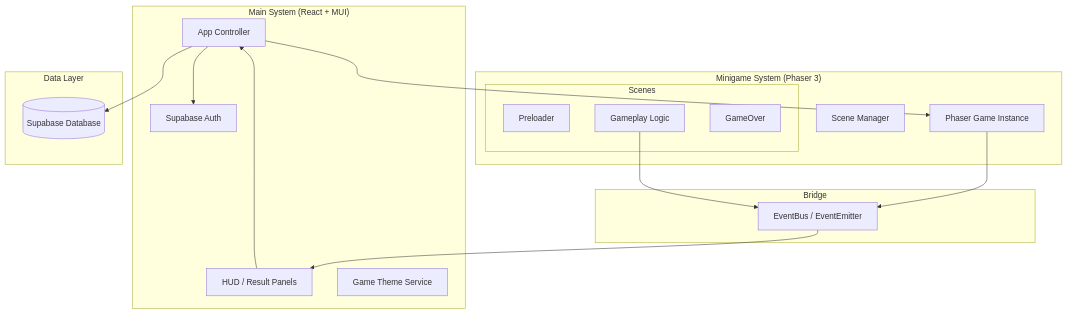
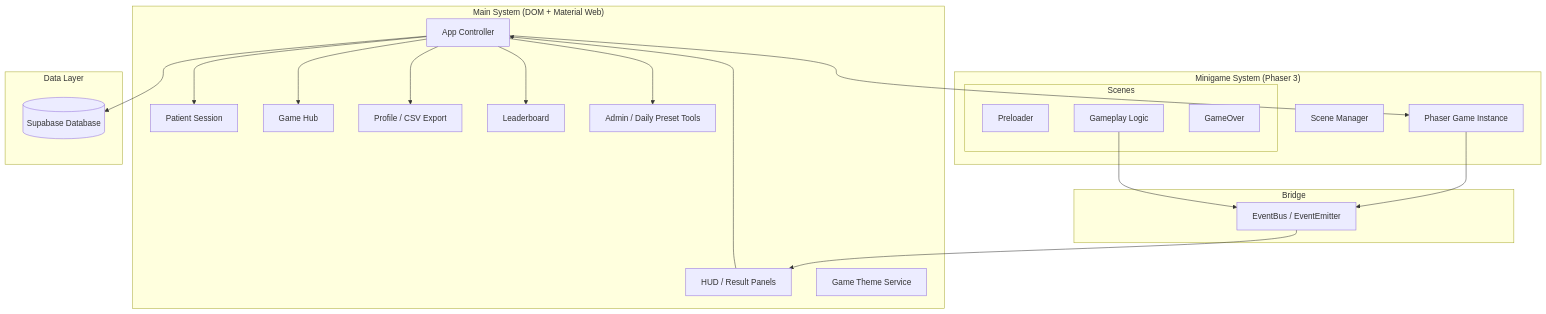
Before and after one commit to ChayutChanmueang/mci-cognitive-game-hub-dev-deploy: the second of 2 diagrams in docs/gdd/00-concept.md, drawn with Mermaid. The commit also changed other lines of this file and 9 other files, not shown here.

Commit message:
docs: sync project documentation with current game hub implementation

````diff
--- a/docs/gdd/00-concept.md
+++ b/docs/gdd/00-concept.md
@@ -58,36 +64,44 @@
 ```mermaid
 graph TB
-    subgraph "Main System (React + MUI)"
+    subgraph "Main System (DOM + Material Web)"
         App[App Controller]
-        Auth[Supabase Auth]
+        Session[Patient Session]
+        Hub[Game Hub]
+        Profile[Profile / CSV Export]
+        Leaderboard[Leaderboard]
+        Admin[Admin / Daily Preset Tools]
         UI_Overlay[HUD / Result Panels]
         Theme[Game Theme Service]
     end
 
     subgraph "Bridge"
         EB[EventBus / EventEmitter]
     end
 
     subgraph "Minigame System (Phaser 3)"
         GameInstance[Phaser Game Instance]
         SceneManager[Scene Manager]
         subgraph "Scenes"
             Preloader[Preloader]
             Gameplay[Gameplay Logic]
             GameOver[GameOver]
         end
     end
 
     subgraph "Data Layer"
         DB[(Supabase Database)]
     end
 
     %% Connections
-    App --> Auth
+    App --> Session
+    App --> Hub
+    App --> Profile
+    App --> Leaderboard
+    App --> Admin
     App --> GameInstance
     GameInstance --> EB
     EB --> UI_Overlay
     UI_Overlay --> App
     App --> DB
     Gameplay --> EB
 ```
````
